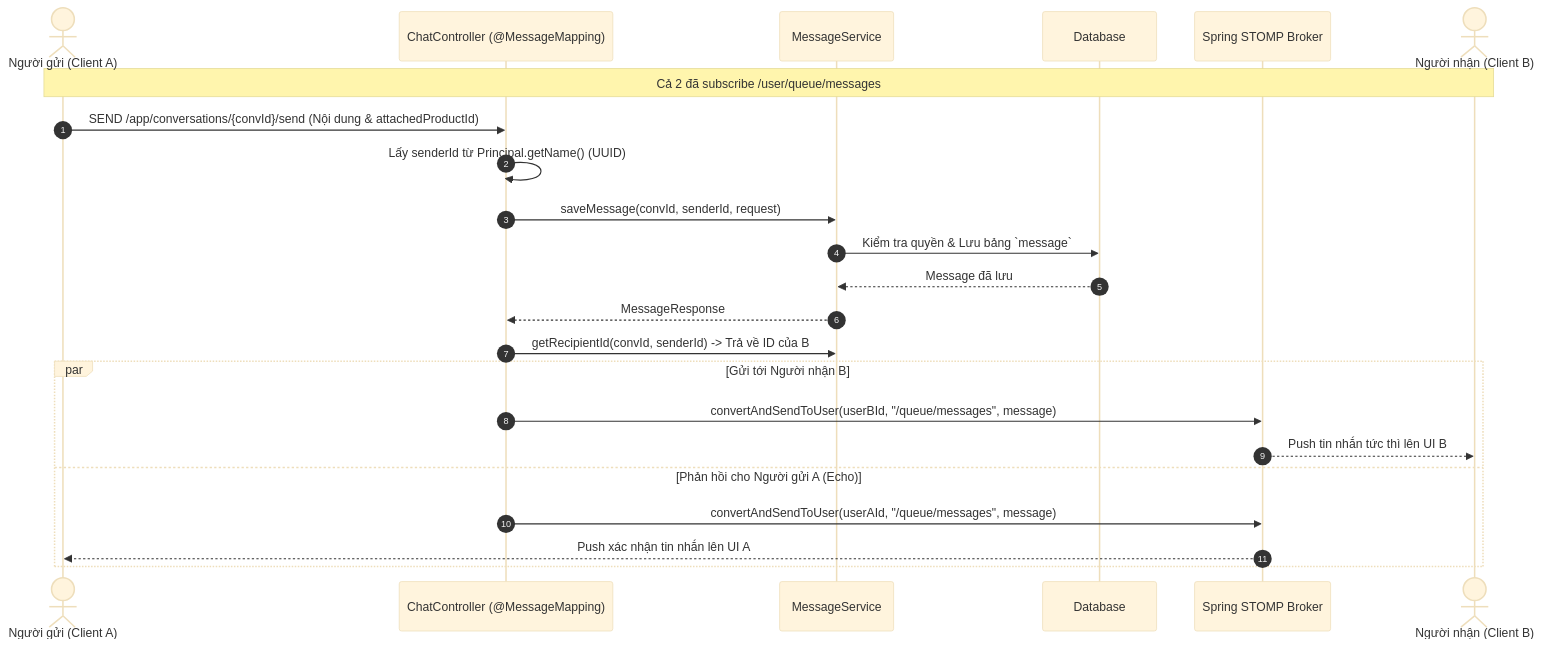
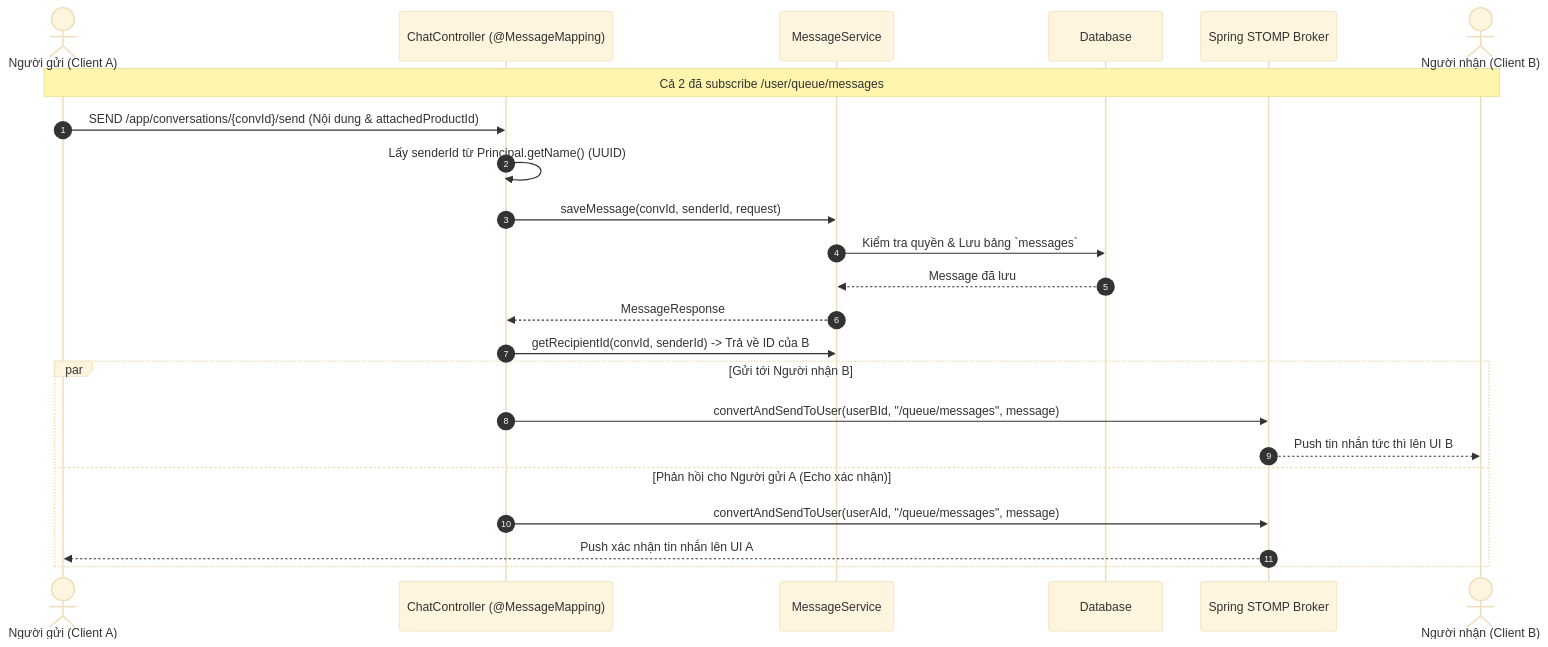
One commit to Qt159/Moldy-Market changed the fourth of 4 diagrams in docs/architecture/chat-architecture.md. Above: the diagram before and after it, drawn with Mermaid (base theme). The commit also changed other lines of this file and 54 other files, not shown here.

````diff
--- a/docs/architecture/chat-architecture.md
+++ b/docs/architecture/chat-architecture.md
@@ -168,29 +217,29 @@
 ```mermaid
 sequenceDiagram
     autonumber
     actor ClientA as Người gửi (Client A)
     participant Ctrl as ChatController (@MessageMapping)
     participant Svc as MessageService
     participant DB as Database
     participant Broker as Spring STOMP Broker
     actor ClientB as Người nhận (Client B)
 
     Note over ClientA, ClientB: Cả 2 đã subscribe /user/queue/messages
     ClientA->>Ctrl: SEND /app/conversations/{convId}/send (Nội dung & attachedProductId)
     
     Ctrl->>Ctrl: Lấy senderId từ Principal.getName() (UUID)
     Ctrl->>Svc: saveMessage(convId, senderId, request)
-    Svc->>DB: Kiểm tra quyền & Lưu bảng `message`
+    Svc->>DB: Kiểm tra quyền & Lưu bảng `messages`
     DB-->>Svc: Message đã lưu
     Svc-->>Ctrl: MessageResponse
 
     Ctrl->>Svc: getRecipientId(convId, senderId) -> Trả về ID của B
 
     par Gửi tới Người nhận B
         Ctrl->>Broker: convertAndSendToUser(userBId, "/queue/messages", message)
         Broker-->>ClientB: Push tin nhắn tức thì lên UI B
-    and Phản hồi cho Người gửi A (Echo)
+    and Phản hồi cho Người gửi A (Echo xác nhận)
         Ctrl->>Broker: convertAndSendToUser(userAId, "/queue/messages", message)
         Broker-->>ClientA: Push xác nhận tin nhắn lên UI A
     end
 ```
````
